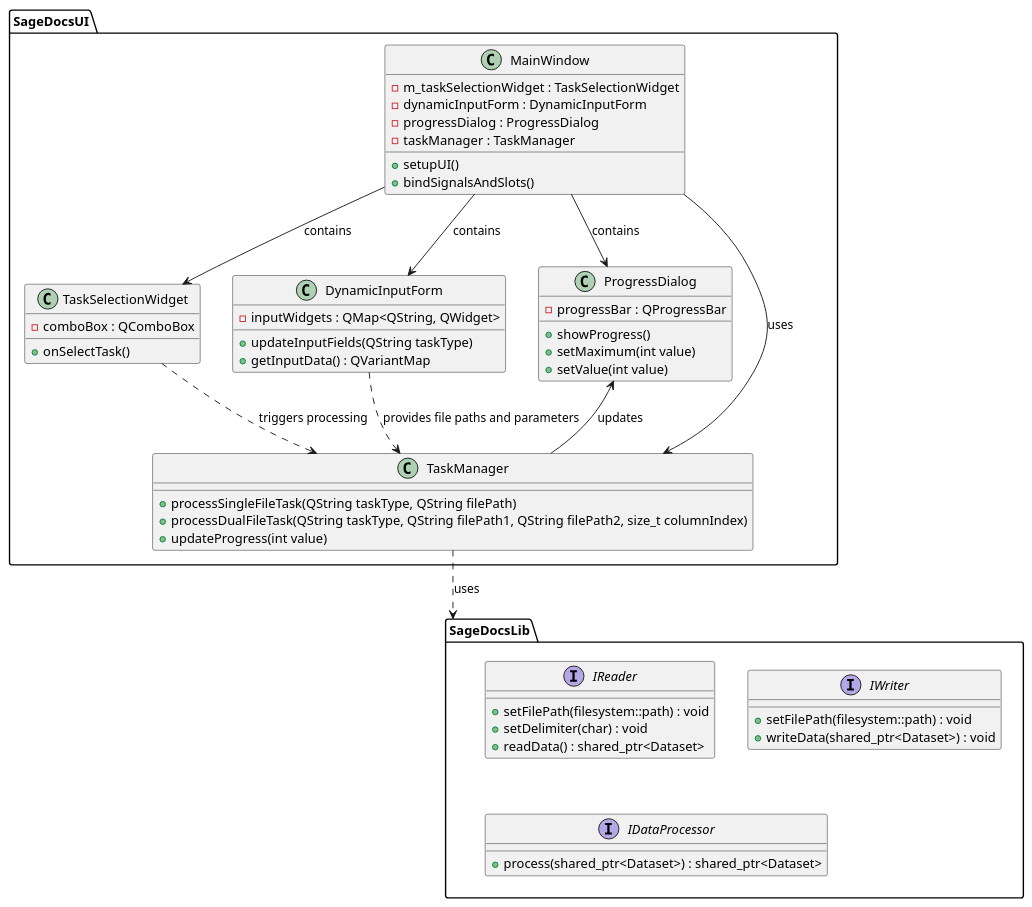
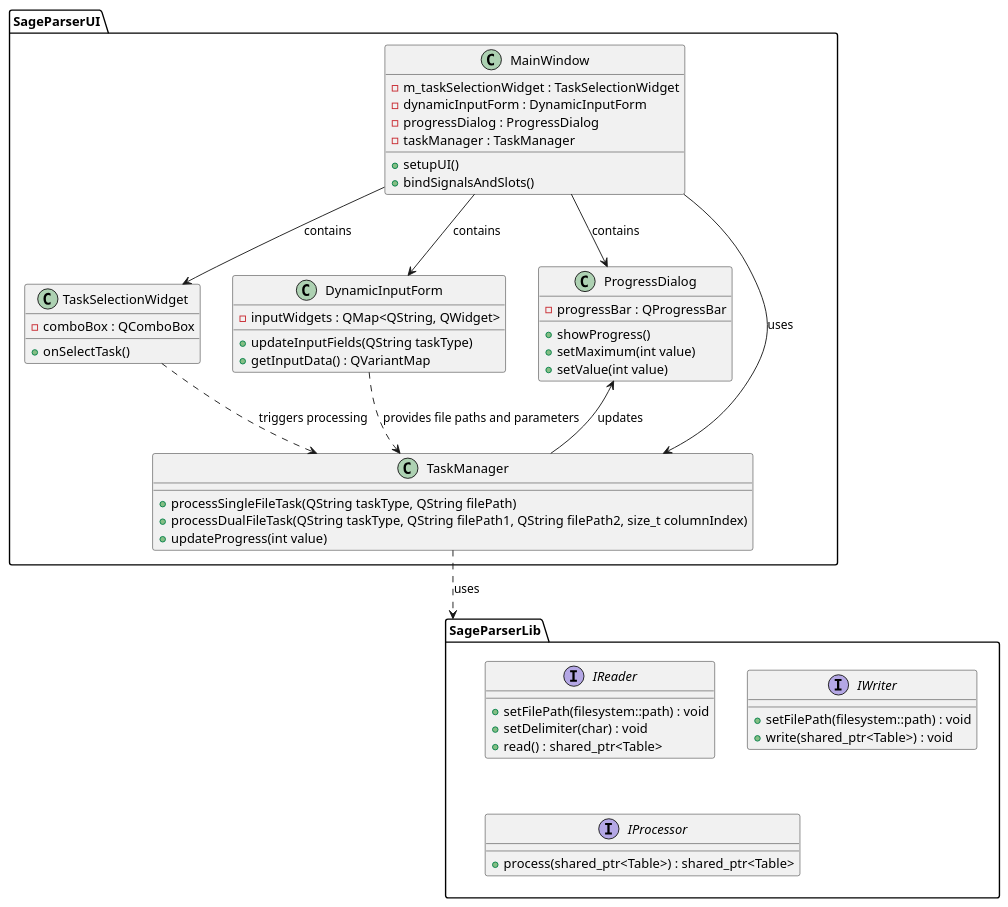
The diagram in docs/Ui_Design.puml (Sage-Cat/SageParser), drawn with PlantUML before and after one commit. The commit also changed 60 other files, not shown here.

```diff
--- a/docs/Ui_Design.puml
+++ b/docs/Ui_Design.puml
@@ -1,69 +1,69 @@
 @startuml
 
-package SageDocsUI {
+package SageParserUI {
 
     class MainWindow {
         - m_taskSelectionWidget : TaskSelectionWidget
         - dynamicInputForm : DynamicInputForm
         - progressDialog : ProgressDialog
         - taskManager : TaskManager
         + setupUI()
         + bindSignalsAndSlots()
     }
 
     class TaskSelectionWidget {
         - comboBox : QComboBox
         + onSelectTask()
     }
 
     class DynamicInputForm {
         - inputWidgets : QMap<QString, QWidget>
         + updateInputFields(QString taskType)
         + getInputData() : QVariantMap
     }
 
     class ProgressDialog {
         - progressBar : QProgressBar
         + showProgress()
         + setMaximum(int value)
         + setValue(int value)
     }
 
     class TaskManager {
         + processSingleFileTask(QString taskType, QString filePath)
         + processDualFileTask(QString taskType, QString filePath1, QString filePath2, size_t columnIndex)
         + updateProgress(int value)
     }
 }
 
-package SageDocsLib {
+package SageParserLib {
 
     interface IReader {
         + setFilePath(filesystem::path) : void
         + setDelimiter(char) : void
-        + readData() : shared_ptr<Dataset>
+        + read() : shared_ptr<Table>
     }
 
     interface IWriter {
         + setFilePath(filesystem::path) : void
-        + writeData(shared_ptr<Dataset>) : void
+        + write(shared_ptr<Table>) : void
     }
 
-    interface IDataProcessor {
-        + process(shared_ptr<Dataset>) : shared_ptr<Dataset>
+    interface IProcessor {
+        + process(shared_ptr<Table>) : shared_ptr<Table>
     }
 
 }
 
 MainWindow --> TaskSelectionWidget : contains
 MainWindow --> DynamicInputForm : contains
 MainWindow --> ProgressDialog : contains
 MainWindow --> TaskManager : uses
 
 TaskSelectionWidget ..> TaskManager : triggers processing
 DynamicInputForm ..> TaskManager : provides file paths and parameters
 ProgressDialog <-- TaskManager : updates
 
-TaskManager ..> SageDocsLib : uses
+TaskManager ..> SageParserLib : uses
 
 @enduml
```
